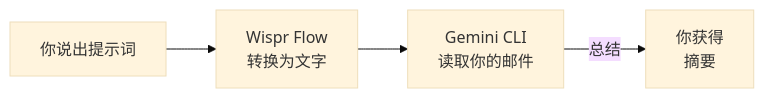
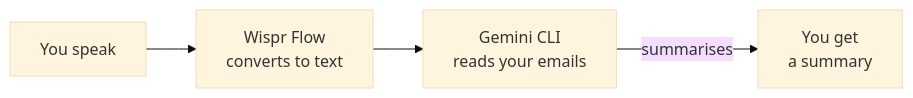
One commit to ChanMeng666/ai-programming-teaching-project changed the first of 2 diagrams in versioned_docs/version-2026-her-waka/tutorial/gmail-summary/overview.mdx. Above: the diagram before and after it, drawn with Mermaid (base theme). The commit also changed other lines of this file and 472 other files, not shown here.

````diff
--- a/versioned_docs/version-2026-her-waka/tutorial/gmail-summary/overview.mdx
+++ b/versioned_docs/version-2026-her-waka/tutorial/gmail-summary/overview.mdx
@@ -63,6 +63,6 @@
 ```mermaid
 flowchart LR
-    A["你说出提示词"] --> B["Wispr Flow\n转换为文字"]
-    B --> C["Gemini CLI\n读取你的邮件"]
-    C -->|"总结"| D["你获得\n摘要"]
+    A["You speak"] --> B["Wispr Flow\nconverts to text"]
+    B --> C["Gemini CLI\nreads your emails"]
+    C -->|"summarises"| D["You get\na summary"]
 ```
````
